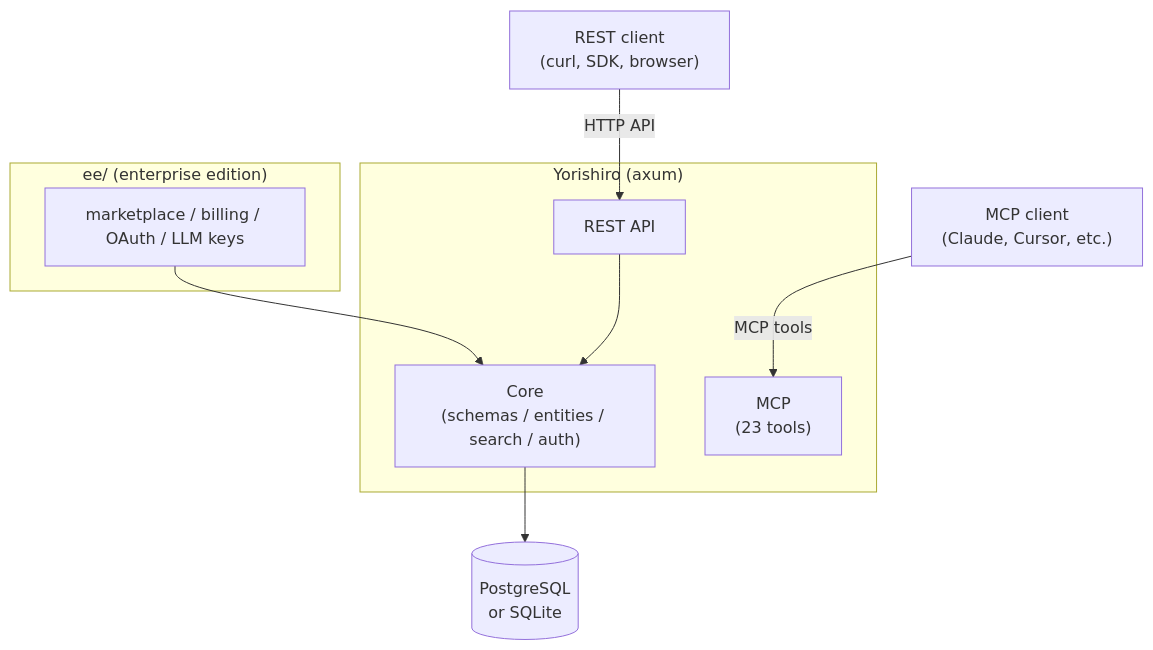
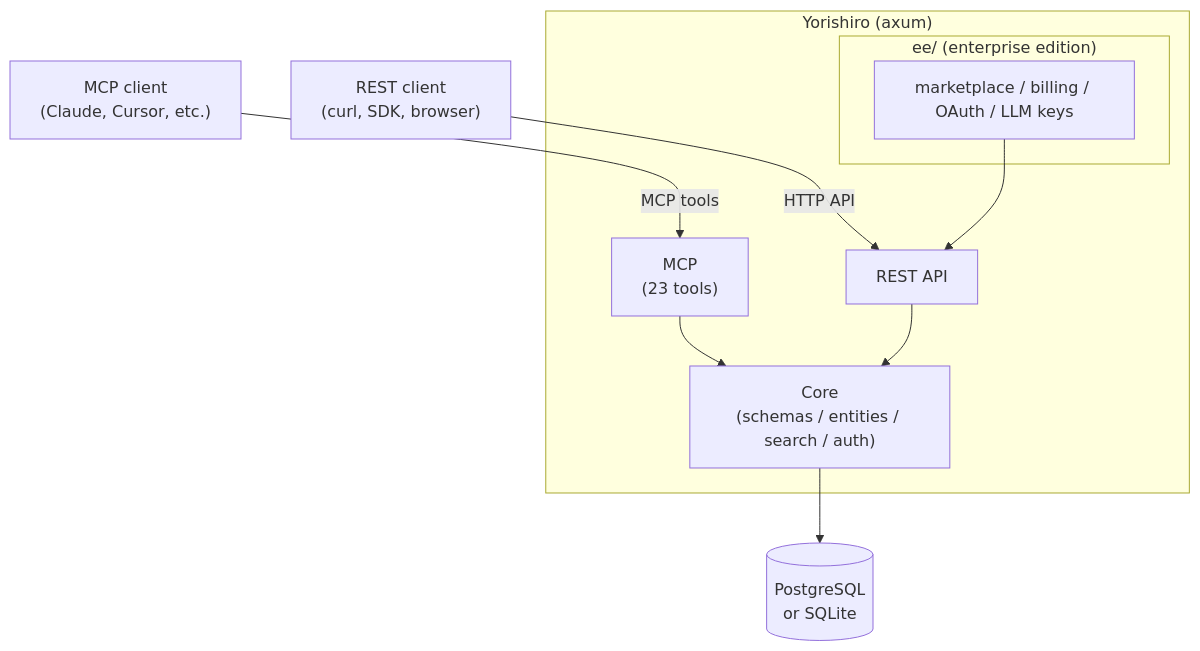
One commit to yorishiro-ai/yorishiro changed the diagram in README.md. Above: the diagram before and after it, drawn with Mermaid. The commit also changed other lines of this file and 1 other file, not shown here.

Commit message:
fix: correct README architecture diagram and SQLite-first documentation

````diff
--- a/README.md
+++ b/README.md
@@ -19,23 +19,25 @@
 ```mermaid
 flowchart TD
     MCPClient["MCP client<br/>(Claude, Cursor, etc.)"]
     RESTClient["REST client<br/>(curl, SDK, browser)"]
 
-    subgraph Enterprise["ee/ (enterprise edition)"]
-        EnterpriseREST["marketplace / billing / OAuth / LLM keys"]
-    end
-
     subgraph Server["Yorishiro (axum)"]
-        Core["Core<br/>(schemas / entities / search / auth)"]
         MCP["MCP<br/>(23 tools)"]
         REST["REST API"]
+
+        subgraph Enterprise["ee/ (enterprise edition)"]
+            EE["marketplace / billing / OAuth / LLM keys"]
+        end
+
+        Core["Core<br/>(schemas / entities / search / auth)"]
     end
 
     DB[("PostgreSQL<br/>or SQLite")]
 
     MCPClient -->|"MCP tools"| MCP
     RESTClient -->|"HTTP API"| REST
+    MCP --> Core
     REST --> Core
-    EnterpriseREST --> Core
+    EE --> REST
     Core --> DB
 ```
````
